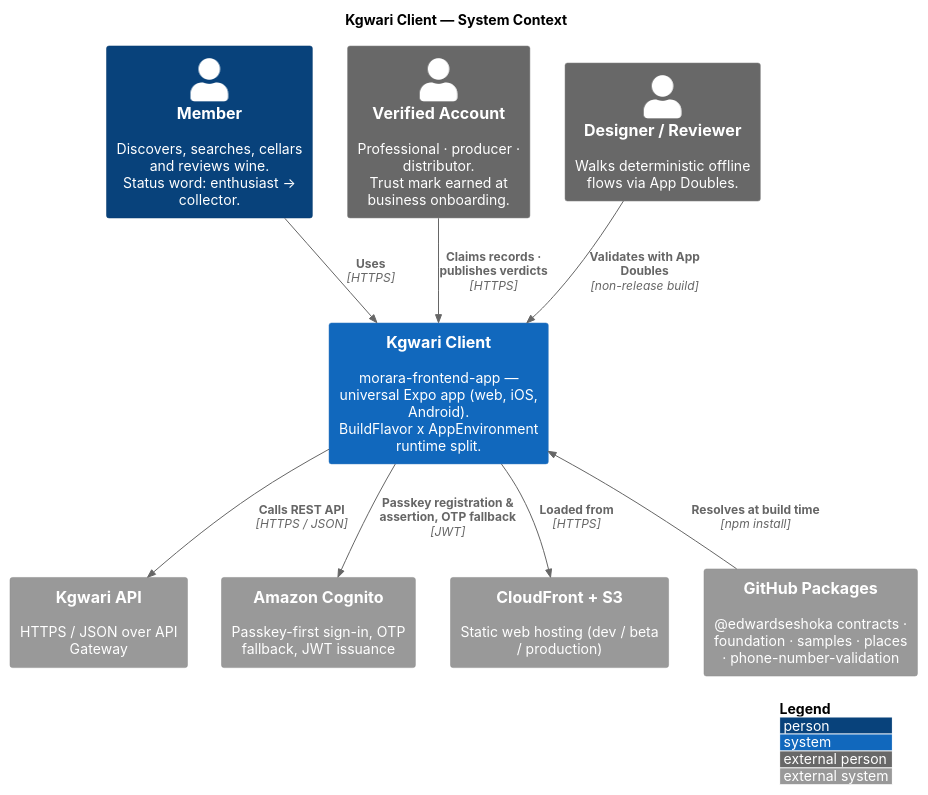
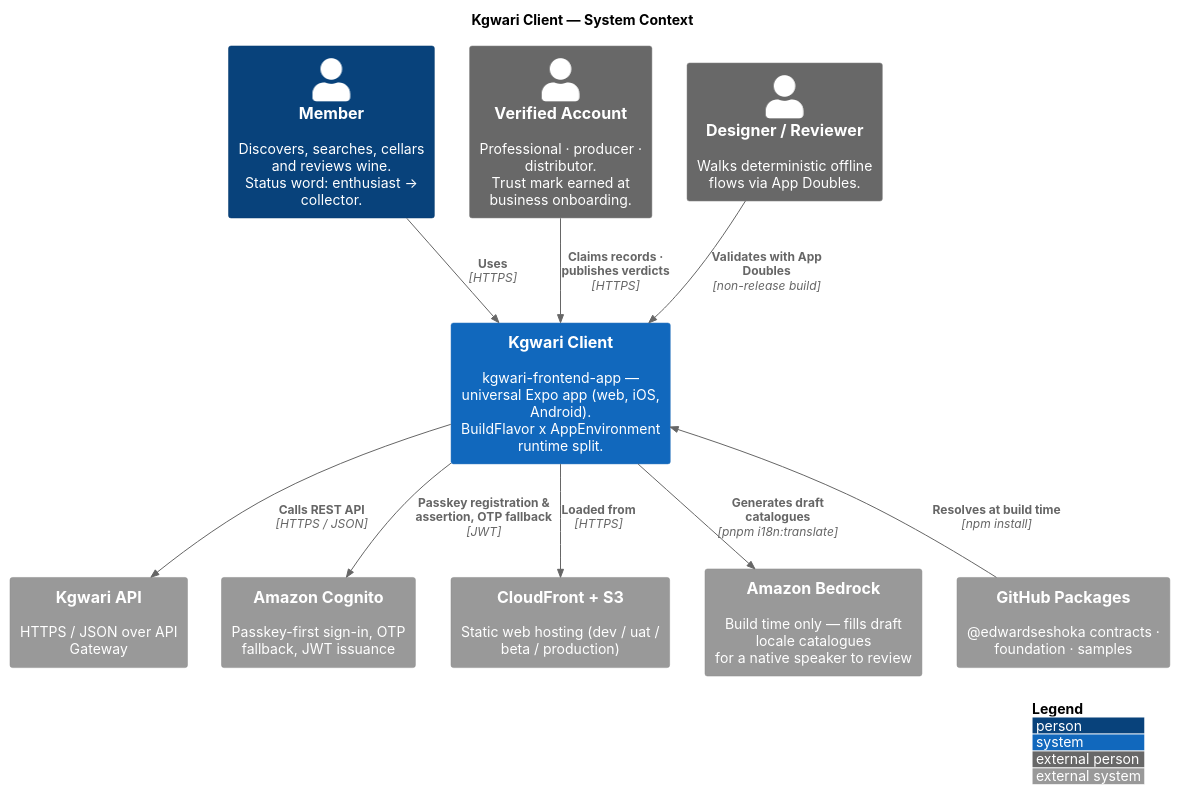
Before and after one commit to EdwardSeshoka/kgwari-portfolio: the diagram in site-src/diagrams/fe-context.puml, drawn with PlantUML. The commit also changed 57 other files, not shown here.

```diff
--- a/site-src/diagrams/fe-context.puml
+++ b/site-src/diagrams/fe-context.puml
@@ -1,31 +1,33 @@
 @startuml
 !include https://raw.githubusercontent.com/plantuml-stdlib/C4-PlantUML/master/C4_Context.puml
 
 LAYOUT_WITH_LEGEND()
 HIDE_STEREOTYPE()
 skinparam backgroundColor #FFFFFF
 skinparam defaultFontName "Inter"
 skinparam shadowing false
 
 title Kgwari Client — System Context
 
 Person(member, "Member", "Discovers, searches, cellars and reviews wine.\nStatus word: enthusiast → collector.")
 Person_Ext(verified, "Verified Account", "Professional · producer · distributor.\nTrust mark earned at business onboarding.")
 Person_Ext(reviewer, "Designer / Reviewer", "Walks deterministic offline flows via App Doubles.")
 
-System(frontend, "Kgwari Client", "morara-frontend-app — universal Expo app (web, iOS, Android).\nBuildFlavor x AppEnvironment runtime split.")
+System(frontend, "Kgwari Client", "kgwari-frontend-app — universal Expo app (web, iOS, Android).\nBuildFlavor x AppEnvironment runtime split.")
 
 System_Ext(backend, "Kgwari API", "HTTPS / JSON over API Gateway")
 System_Ext(cognito, "Amazon Cognito", "Passkey-first sign-in, OTP fallback, JWT issuance")
-System_Ext(cdn, "CloudFront + S3", "Static web hosting (dev / beta / production)")
-System_Ext(ghpkg, "GitHub Packages", "@edwardseshoka contracts · foundation · samples · places · phone-number-validation")
+System_Ext(cdn, "CloudFront + S3", "Static web hosting (dev / uat / beta / production)")
+System_Ext(bedrock, "Amazon Bedrock", "Build time only — fills draft locale catalogues\nfor a native speaker to review")
+System_Ext(ghpkg, "GitHub Packages", "@edwardseshoka contracts · foundation · samples")
 
 Rel(member, frontend, "Uses", "HTTPS")
 Rel(verified, frontend, "Claims records · publishes verdicts", "HTTPS")
 Rel(reviewer, frontend, "Validates with App Doubles", "non-release build")
 Rel(frontend, cdn, "Loaded from", "HTTPS")
 Rel(frontend, backend, "Calls REST API", "HTTPS / JSON")
 Rel(frontend, cognito, "Passkey registration & assertion, OTP fallback", "JWT")
 Rel_Back(frontend, ghpkg, "Resolves at build time", "npm install")
+Rel(frontend, bedrock, "Generates draft catalogues", "pnpm i18n:translate")
 
 @enduml
```
